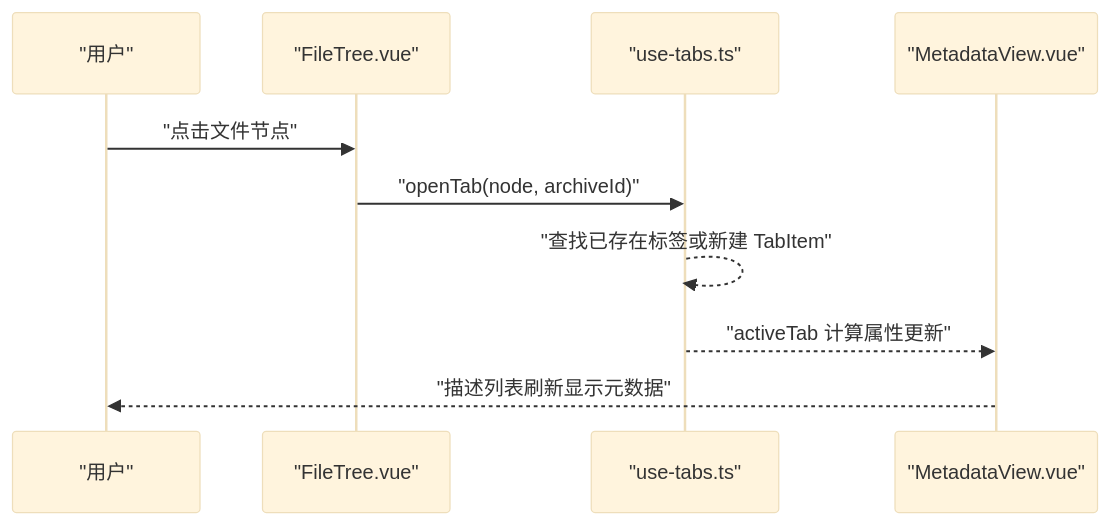
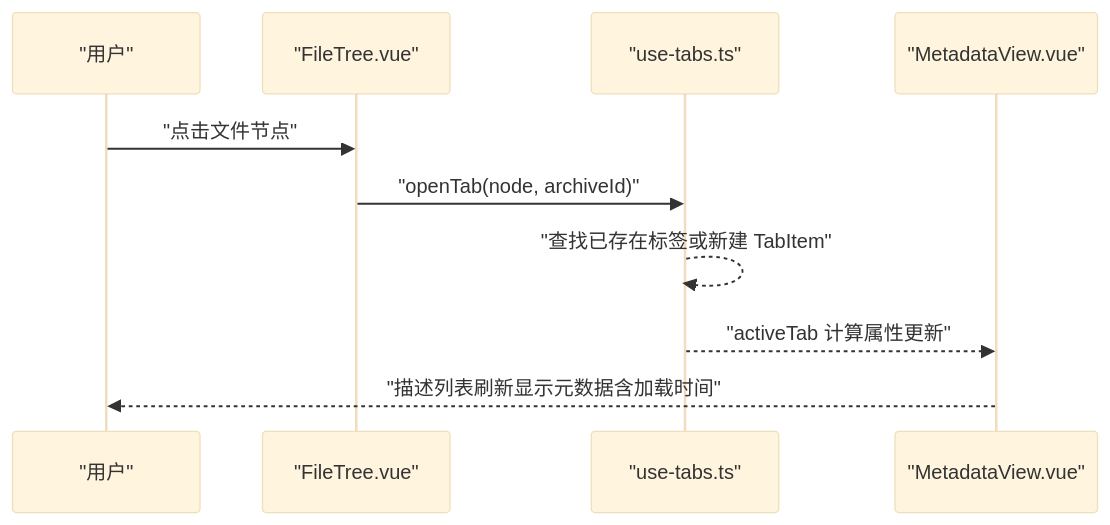
One commit to taoweidong/Hello-Tauri changed the second of 4 diagrams in .qoder/repowiki/zh/content/用户界面/核心组件/属性面板组件/元数据视图组件.md. Above: the diagram before and after it, drawn with Mermaid (base theme). The commit also changed other lines of this file and 14 other files, not shown here.

````diff
--- a/.qoder/repowiki/zh/content/用户界面/核心组件/属性面板组件/元数据视图组件.md
+++ b/.qoder/repowiki/zh/content/用户界面/核心组件/属性面板组件/元数据视图组件.md
@@ -92,12 +101,12 @@
 ```mermaid
 sequenceDiagram
 participant User as "用户"
 participant FileTree as "FileTree.vue"
 participant Tabs as "use-tabs.ts"
 participant View as "MetadataView.vue"
 User->>FileTree : "点击文件节点"
 FileTree->>Tabs : "openTab(node, archiveId)"
 Tabs-->>Tabs : "查找已存在标签或新建 TabItem"
 Tabs-->>View : "activeTab 计算属性更新"
-View-->>User : "描述列表刷新显示元数据"
+View-->>User : "描述列表刷新显示元数据含加载时间"
 ```
````
